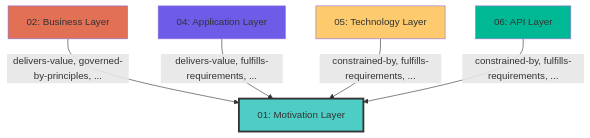
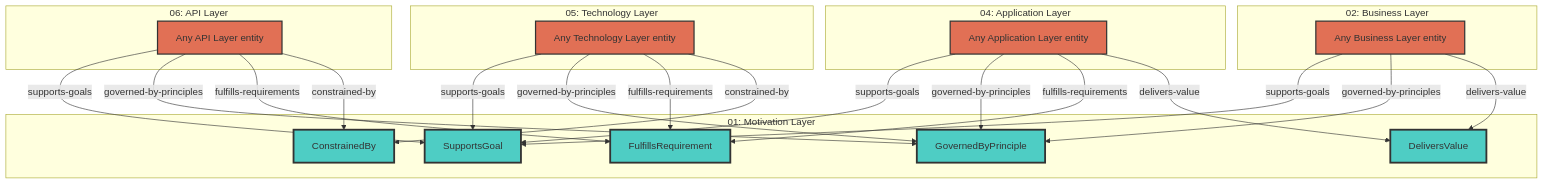
Before and after one commit to tinkermonkey/documentation_robotics: the diagram in reports/layer-docs/01-motivation-cross-layer-relationships.md, drawn with Mermaid. The commit also changed other lines of this file and 42 other files, not shown here.

Commit message:
working on cleaning up and defining inter and intra layer relationships

````diff
--- a/reports/layer-docs/01-motivation-cross-layer-relationships.md
+++ b/reports/layer-docs/01-motivation-cross-layer-relationships.md
@@ -52,21 +9,56 @@
 ```mermaid
 graph TB
-  ThisLayer["01: Motivation Layer"]
+  subgraph thisLayer["01: Motivation Layer"]
+    thisConstrainedBy["ConstrainedBy"]
+    thisDeliversValue["DeliversValue"]
+    thisFulfillsRequirement["FulfillsRequirement"]
+    thisGovernedByPrinciple["GovernedByPrinciple"]
+    thisSupportsGoal["SupportsGoal"]
+  end
 
+  %% Source layers
+  subgraph source02Layer["02: Business Layer"]
+    source02Node["Any Business Layer entity"]
+  end
+  subgraph source04Layer["04: Application Layer"]
+    source04Node["Any Application Layer entity"]
+  end
+  subgraph source05Layer["05: Technology Layer"]
+    source05Node["Any Technology Layer entity"]
+  end
+  subgraph source06Layer["06: API Layer"]
+    source06Node["Any API Layer entity"]
+  end
 
-  Source02["02: Business Layer"]
-  Source04["04: Application Layer"]
-  Source05["05: Technology Layer"]
-  Source06["06: API Layer"]
+  %% Incoming relationships
+  source05Node -->|constrained-by| thisConstrainedBy
+  source06Node -->|constrained-by| thisConstrainedBy
+  source02Node -->|delivers-value| thisDeliversValue
+  source04Node -->|delivers-value| thisDeliversValue
+  source04Node -->|fulfills-requirements| thisFulfillsRequirement
+  source05Node -->|fulfills-requirements| thisFulfillsRequirement
+  source06Node -->|fulfills-requirements| thisFulfillsRequirement
+  source02Node -->|governed-by-principles| thisGovernedByPrinciple
+  source04Node -->|governed-by-principles| thisGovernedByPrinciple
+  source05Node -->|governed-by-principles| thisGovernedByPrinciple
+  source06Node -->|governed-by-principles| thisGovernedByPrinciple
+  source02Node -->|supports-goals| thisSupportsGoal
+  source04Node -->|supports-goals| thisSupportsGoal
+  source05Node -->|supports-goals| thisSupportsGoal
+  source06Node -->|supports-goals| thisSupportsGoal
 
-  Source02 -->|delivers-value, governed-by-principles, ...| ThisLayer
-  Source04 -->|delivers-value, fulfills-requirements, ...| ThisLayer
-  Source05 -->|constrained-by, fulfills-requirements, ...| ThisLayer
-  Source06 -->|constrained-by, fulfills-requirements, ...| ThisLayer
+  %% Styling
+  classDef thisLayerStyle fill:#4ECDC4,stroke:#333,stroke-width:3px
+  classDef targetLayerStyle fill:#FFD700,stroke:#333,stroke-width:2px
+  classDef sourceLayerStyle fill:#E17055,stroke:#333,stroke-width:2px
 
-  style ThisLayer fill:#4ECDC4,stroke:#333,stroke-width:3px
-  style Source02 fill:#E17055
-  style Source04 fill:#6C5CE7
-  style Source05 fill:#FDCB6E
-  style Source06 fill:#00B894
+  class thisConstrainedBy thisLayerStyle
+  class thisDeliversValue thisLayerStyle
+  class thisFulfillsRequirement thisLayerStyle
+  class thisGovernedByPrinciple thisLayerStyle
+  class thisSupportsGoal thisLayerStyle
+  class source02Node sourceLayerStyle
+  class source04Node sourceLayerStyle
+  class source05Node sourceLayerStyle
+  class source06Node sourceLayerStyle
 ```
````
